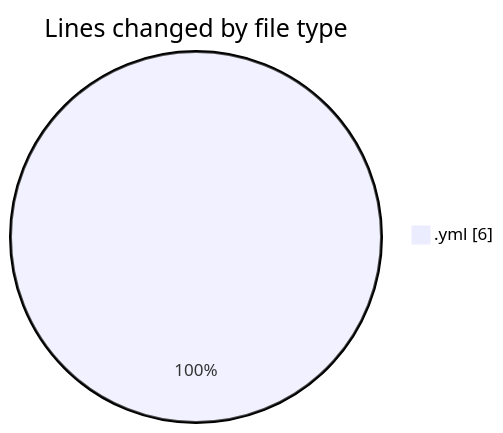
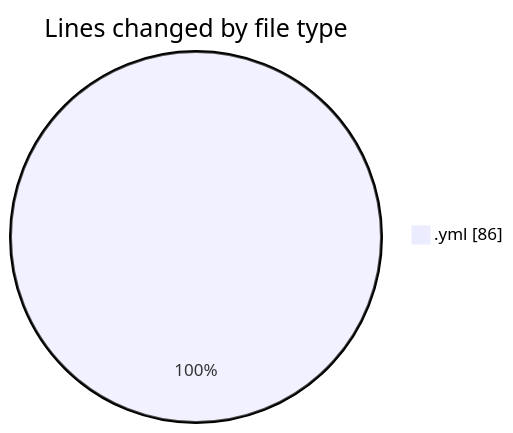
Before and after one commit to lephambinh05/code-tracking: the first of 2 diagrams in 2025-08-08/studybuddy/README.md, drawn with Mermaid. The commit also changed other lines of this file and 1 other file, not shown here.

````diff
--- a/2025-08-08/studybuddy/README.md
+++ b/2025-08-08/studybuddy/README.md
@@ -21,5 +21,5 @@
 ```mermaid
 pie showData
 title Lines changed by file type
-".yml" : 6
+".yml" : 86
 ```
````
